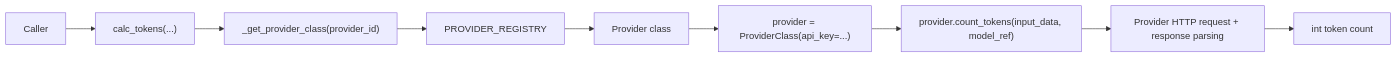
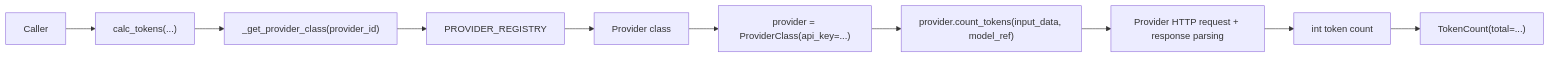
Before and after one commit to vienneraphael/kentokit: the diagram in docs/architecture/api.md, drawn with Mermaid. The commit also changed other lines of this file and 5 other files, not shown here.

Commit message:
feat: add TokenCount abstraction

````diff
--- a/docs/architecture/api.md
+++ b/docs/architecture/api.md
@@ -24,11 +25,12 @@
 ```mermaid
 flowchart LR
     A["Caller"] --> B["calc_tokens(...)"]
     B --> C["_get_provider_class(provider_id)"]
     C --> D["PROVIDER_REGISTRY"]
     D --> E["Provider class"]
     E --> F["provider = ProviderClass(api_key=...)"]
     F --> G["provider.count_tokens(input_data, model_ref)"]
     G --> H["Provider HTTP request + response parsing"]
     H --> I["int token count"]
+    I --> J["TokenCount(total=...)"]
 ```
````
